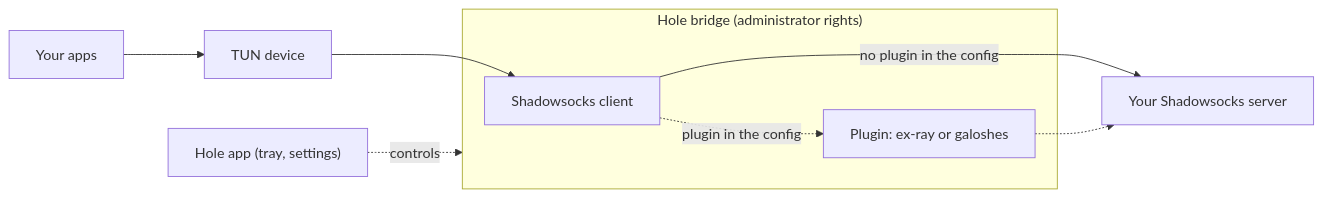
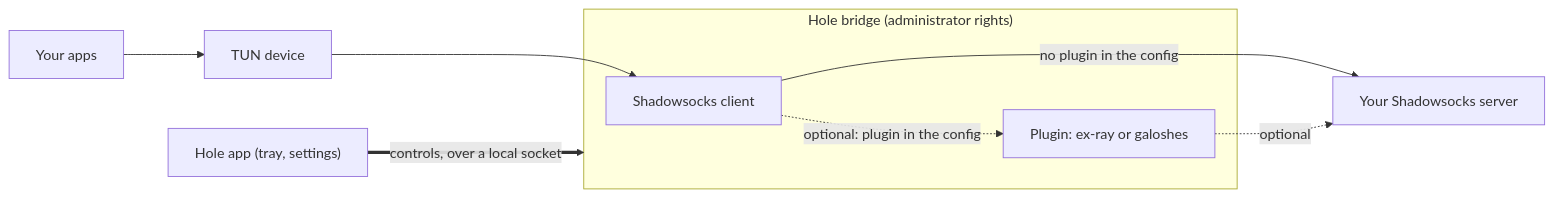
One commit to bindreams/hole changed the diagram in docs/index.md. Above: the diagram before and after it, drawn with Mermaid. The commit also changed other lines of this file and 3 other files, not shown here.

````diff
--- a/docs/index.md
+++ b/docs/index.md
@@ -24,13 +25,13 @@
 ```{mermaid}
 flowchart LR
     apps["Your apps"] --> tun["TUN device"]
     tun --> ss
     subgraph bridge["Hole bridge (administrator rights)"]
         ss["Shadowsocks client"]
         plugin["Plugin: ex-ray or galoshes"]
     end
     ss -->|"no plugin in the config"| server["Your Shadowsocks server"]
-    ss -. "plugin in the config" .-> plugin
-    plugin -.-> server
-    gui["Hole app (tray, settings)"] -. controls .-> bridge
+    ss -. "optional: plugin in the config" .-> plugin
+    plugin -. "optional" .-> server
+    gui["Hole app (tray, settings)"] == "controls, over a local socket" ==> bridge
 ```
````
